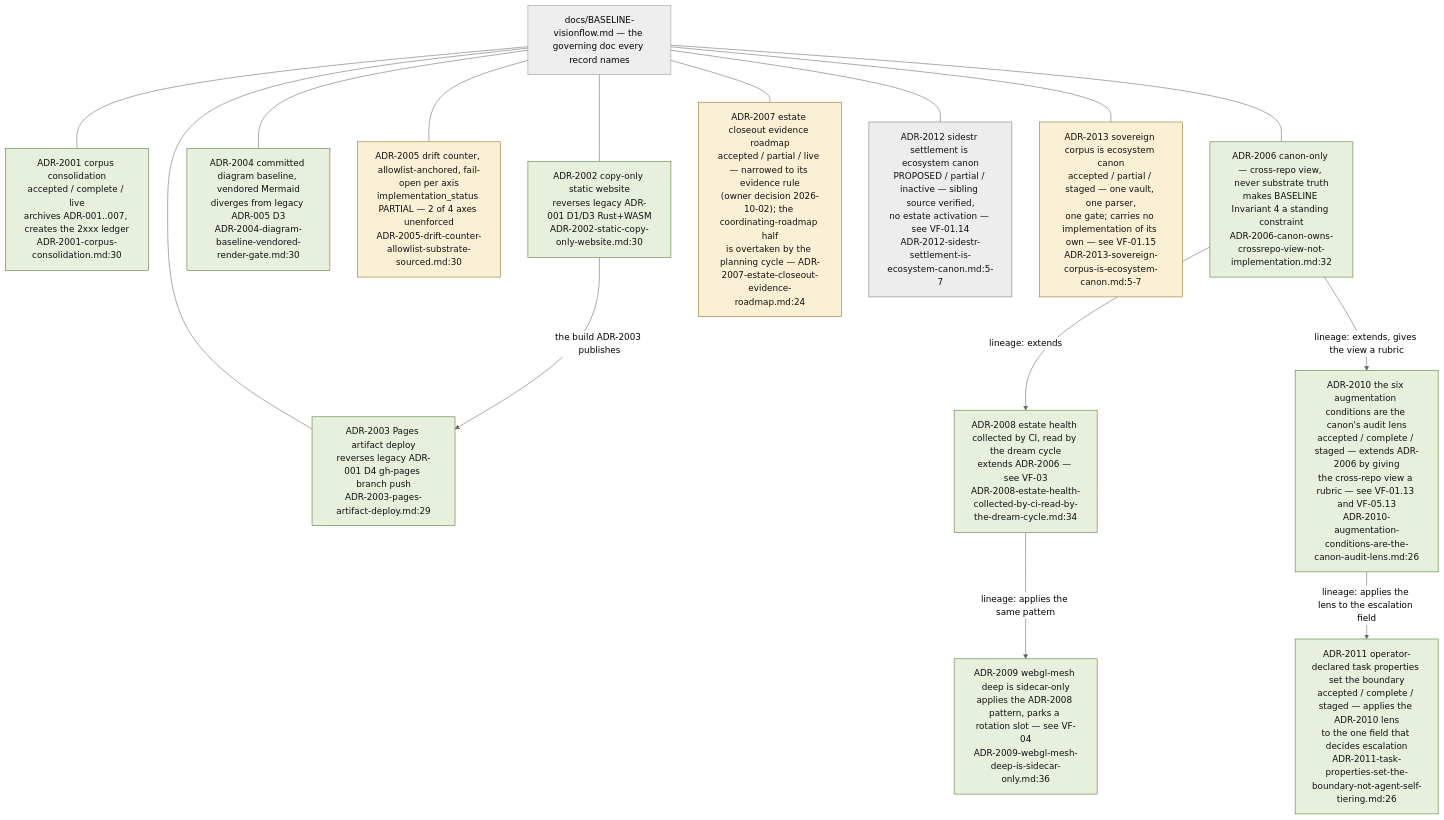
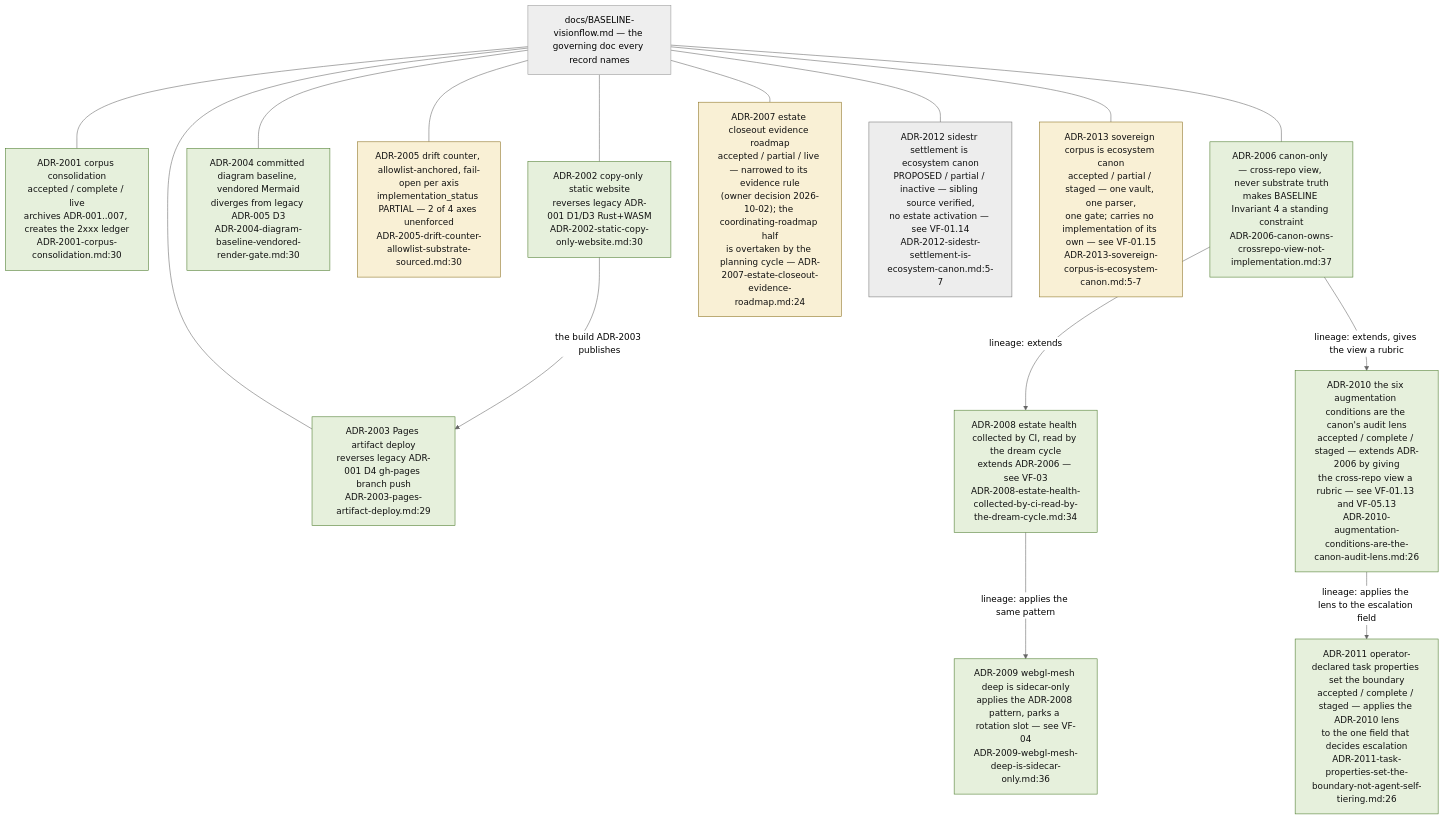
One commit to DreamLab-AI/VisionFlow changed the sixth of 11 diagrams in docs/diagrams/visionflow/01-repo-composition-and-canon.md. Above: the diagram before and after it, drawn with Mermaid (neutral theme). The commit also changed other lines of this file and 80 other files, not shown here.

First line of the commit message:
docs(diagrams): re-verify the agentbox, dreamlab, estate and visionflow corpus against current sources

````diff
--- a/docs/diagrams/visionflow/01-repo-composition-and-canon.md
+++ b/docs/diagrams/visionflow/01-repo-composition-and-canon.md
@@ -248,36 +248,36 @@
 ```mermaid
 flowchart TB
     classDef live fill:#e6f0dc,stroke:#4a7a2a,color:#111
     classDef part fill:#f9f0d5,stroke:#8a7020,color:#111
     classDef prop fill:#ededed,stroke:#777,color:#111
     BASE["docs/BASELINE-visionflow.md — the governing doc every record names"]
 
     A1["ADR-2001 corpus consolidation<br/>accepted / complete / live<br/>archives ADR-001..007, creates the 2xxx ledger<br/>ADR-2001-corpus-consolidation.md:30"]:::live
     A2["ADR-2002 copy-only static website<br/>reverses legacy ADR-001 D1/D3 Rust+WASM<br/>ADR-2002-static-copy-only-website.md:30"]:::live
     A3["ADR-2003 Pages artifact deploy<br/>reverses legacy ADR-001 D4 gh-pages branch push<br/>ADR-2003-pages-artifact-deploy.md:29"]:::live
     A4["ADR-2004 committed diagram baseline, vendored Mermaid<br/>diverges from legacy ADR-005 D3<br/>ADR-2004-diagram-baseline-vendored-render-gate.md:30"]:::live
     A5["ADR-2005 drift counter, allowlist-anchored, fail-open per axis<br/>implementation_status PARTIAL — 2 of 4 axes unenforced<br/>ADR-2005-drift-counter-allowlist-substrate-sourced.md:30"]:::part
-    A6["ADR-2006 canon-only — cross-repo view, never substrate truth<br/>makes BASELINE Invariant 4 a standing constraint<br/>ADR-2006-canon-owns-crossrepo-view-not-implementation.md:32"]:::live
+    A6["ADR-2006 canon-only — cross-repo view, never substrate truth<br/>makes BASELINE Invariant 4 a standing constraint<br/>ADR-2006-canon-owns-crossrepo-view-not-implementation.md:37"]:::live
     A7["ADR-2007 estate closeout evidence roadmap<br/>accepted / partial / live — narrowed to its evidence rule<br/>(owner decision 2026-10-02); the coordinating-roadmap half<br/>is overtaken by the planning cycle — ADR-2007-estate-closeout-evidence-roadmap.md:24"]:::part
     A8["ADR-2008 estate health collected by CI, read by the dream cycle<br/>extends ADR-2006 — see VF-03<br/>ADR-2008-estate-health-collected-by-ci-read-by-the-dream-cycle.md:34"]:::live
     A9["ADR-2009 webgl-mesh deep is sidecar-only<br/>applies the ADR-2008 pattern, parks a rotation slot — see VF-04<br/>ADR-2009-webgl-mesh-deep-is-sidecar-only.md:36"]:::live
     A10["ADR-2010 the six augmentation conditions are the canon's audit lens<br/>accepted / complete / staged — extends ADR-2006 by giving<br/>the cross-repo view a rubric — see VF-01.13 and VF-05.13<br/>ADR-2010-augmentation-conditions-are-the-canon-audit-lens.md:26"]:::live
     A11["ADR-2011 operator-declared task properties set the boundary<br/>accepted / complete / staged — applies the ADR-2010 lens<br/>to the one field that decides escalation<br/>ADR-2011-task-properties-set-the-boundary-not-agent-self-tiering.md:26"]:::live
     A12["ADR-2012 sidestr settlement is ecosystem canon<br/>PROPOSED / partial / inactive — sibling source verified,<br/>no estate activation — see VF-01.14<br/>ADR-2012-sidestr-settlement-is-ecosystem-canon.md:5-7"]:::prop
     A13["ADR-2013 sovereign corpus is ecosystem canon<br/>accepted / partial / staged — one vault, one parser,<br/>one gate; carries no implementation of its own — see VF-01.15<br/>ADR-2013-sovereign-corpus-is-ecosystem-canon.md:5-7"]:::part
 
     BASE --- A1
     BASE --- A2
     BASE --- A3
     BASE --- A4
     BASE --- A5
     BASE --- A6
     BASE --- A7
     BASE --- A12
     A6 -->|"lineage: extends"| A8
     A8 -->|"lineage: applies the same pattern"| A9
     A2 -->|"the build ADR-2003 publishes"| A3
     A6 -->|"lineage: extends, gives the view a rubric"| A10
     A10 -->|"lineage: applies the lens to the escalation field"| A11
     BASE --- A13
 ```
````
